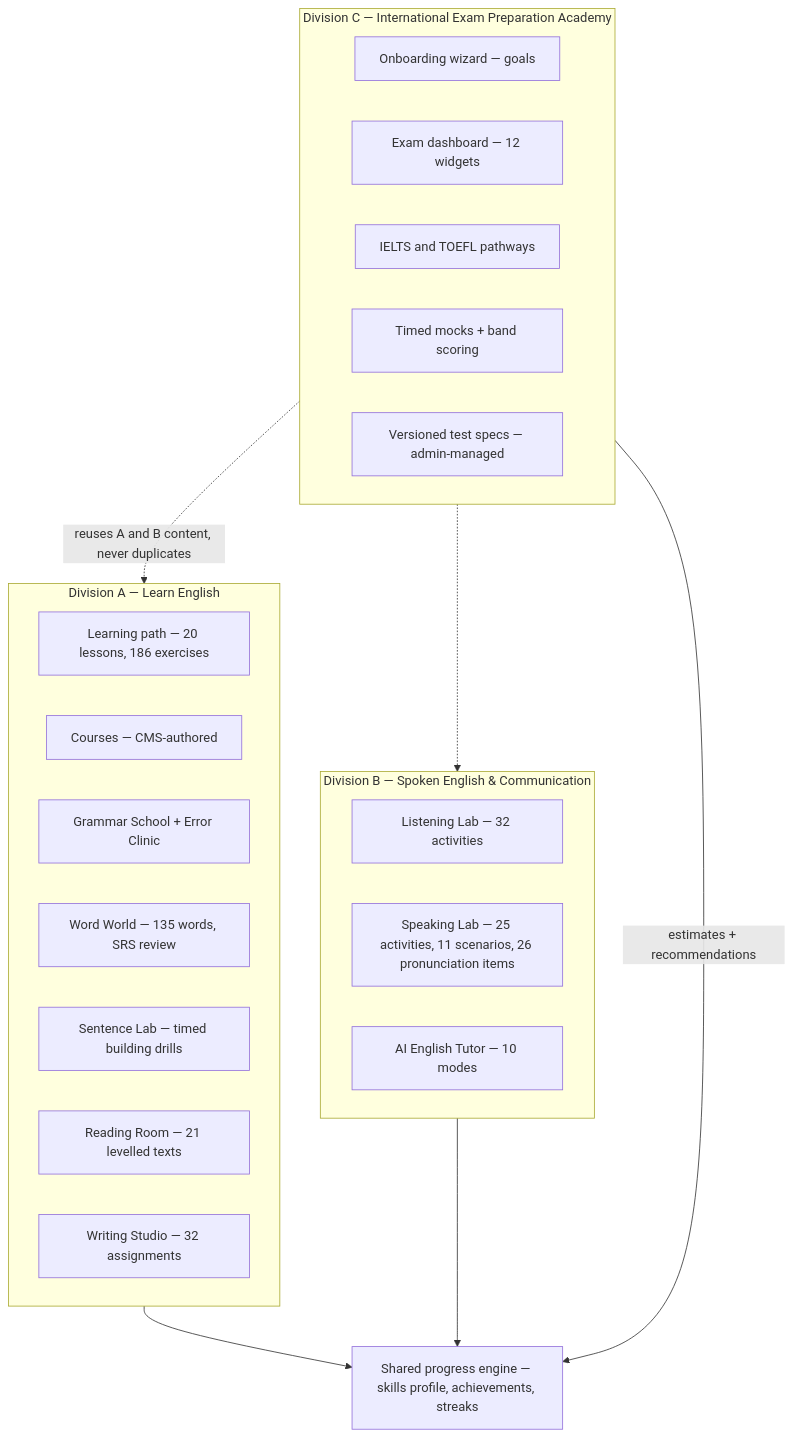
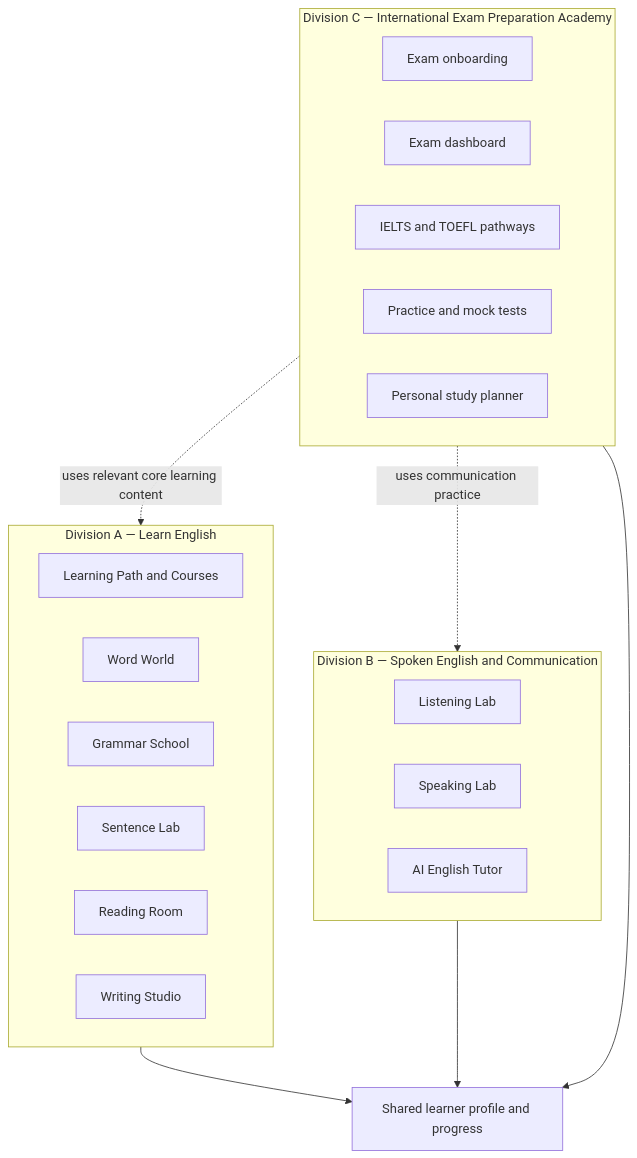
The first of 3 diagrams in README.md (AshfaqAIML/TalkSy), drawn with Mermaid before and after one commit. The commit also changed other lines of this file, not shown here.

Commit message:
Update fmt.Println to print 'Goodbye World'

````diff
--- a/README.md
+++ b/README.md
@@ -94,30 +80,29 @@
 ```mermaid
 flowchart TB
-  subgraph DIVA["Division A — Learn English"]
-    LP["Learning path — 20 lessons, 186 exercises"]
-    CO["Courses — CMS-authored"]
-    GS["Grammar School + Error Clinic"]
-    WW["Word World — 135 words, SRS review"]
-    SL["Sentence Lab — timed building drills"]
-    RR["Reading Room — 21 levelled texts"]
-    WS["Writing Studio — 32 assignments"]
+  subgraph A[Division A — Learn English]
+    LP[Learning Path and Courses]
+    WW[Word World]
+    GS[Grammar School]
+    SL[Sentence Lab]
+    RR[Reading Room]
+    WS[Writing Studio]
   end
-  subgraph DIVB["Division B — Spoken English & Communication"]
-    LL["Listening Lab — 32 activities"]
-    SP["Speaking Lab — 25 activities, 11 scenarios, 26 pronunciation items"]
-    TU["AI English Tutor — 10 modes"]
+  subgraph B[Division B — Spoken English and Communication]
+    LL[Listening Lab]
+    SP[Speaking Lab]
+    AI[AI English Tutor]
   end
-  subgraph DIVC["Division C — International Exam Preparation Academy"]
-    ONB["Onboarding wizard — goals"]
-    DASH["Exam dashboard — 12 widgets"]
-    PATH["IELTS and TOEFL pathways"]
-    MOCK["Timed mocks + band scoring"]
-    SPEC["Versioned test specs — admin-managed"]
+  subgraph C[Division C — International Exam Preparation Academy]
+    ONB[Exam onboarding]
+    DASH[Exam dashboard]
+    PATH[IELTS and TOEFL pathways]
+    MOCK[Practice and mock tests]
+    PLAN[Personal study planner]
   end
-  PROG["Shared progress engine — skills profile, achievements, streaks"]
-  DIVA --> PROG
-  DIVB --> PROG
-  DIVC -- "estimates + recommendations" --> PROG
-  DIVC -. "reuses A and B content, never duplicates" .-> DIVA
-  DIVC -.-> DIVB
+  PROG[Shared learner profile and progress]
+  A --> PROG
+  B --> PROG
+  C --> PROG
+  C -. uses relevant core learning content .-> A
+  C -. uses communication practice .-> B
 ```
````
